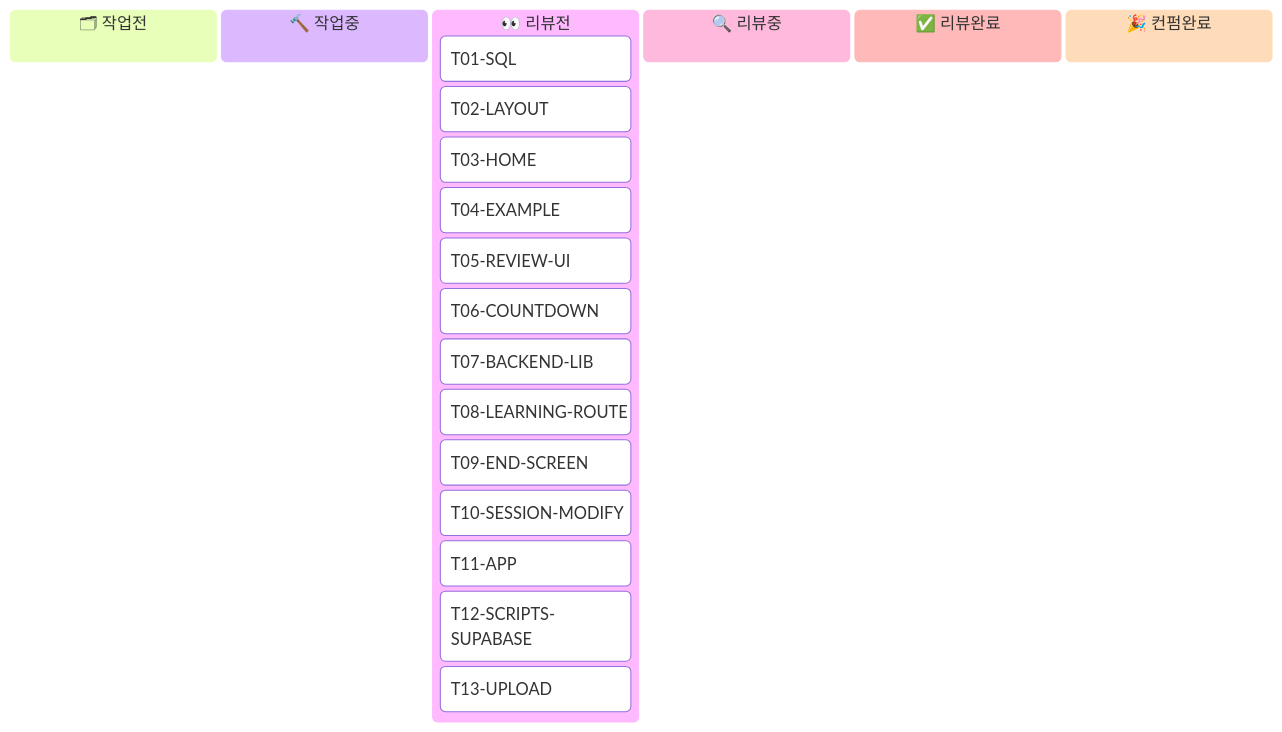
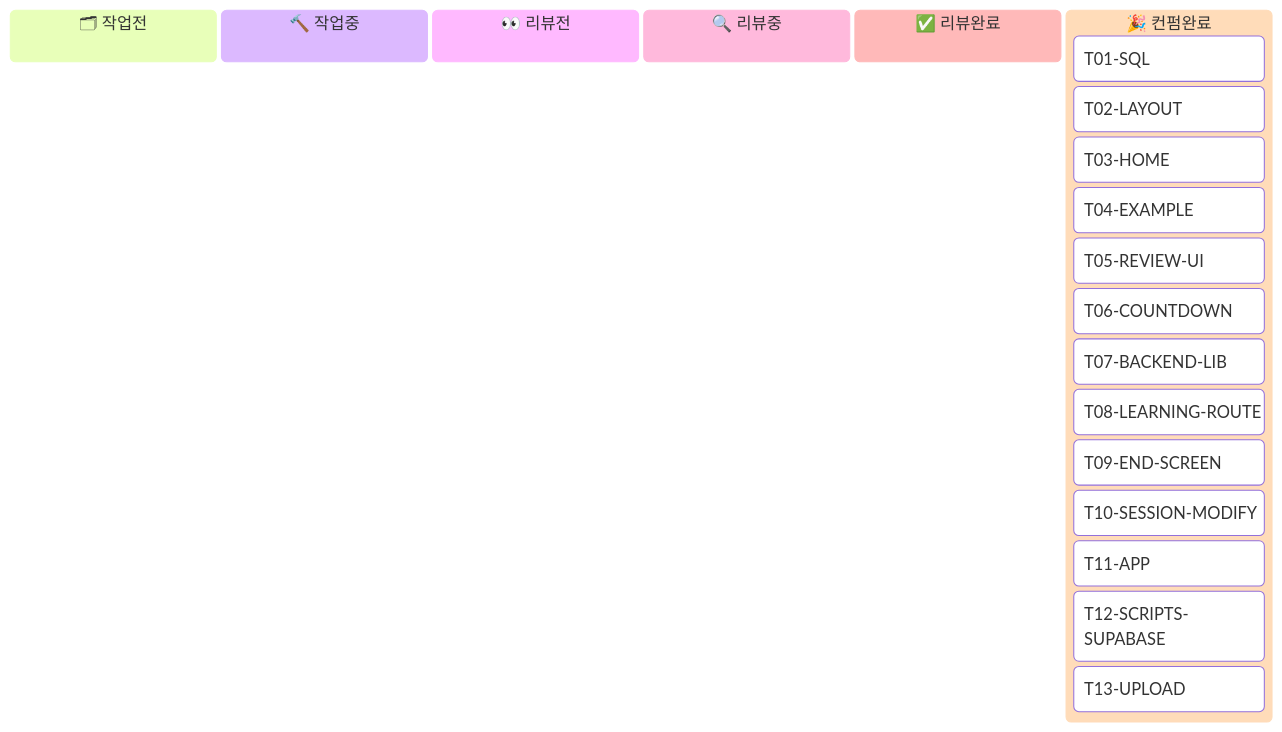
The diagram in TASK_PLAN.md (guboc11/EnglishStudyMate), drawn with Mermaid before and after one commit. The commit also changed other lines of this file and 79 other files, not shown here.

````diff
--- a/TASK_PLAN.md
+++ b/TASK_PLAN.md
@@ -13,27 +13,27 @@
 ```mermaid
 ---
 config:
   kanban:
     ticketBaseUrl: ''
 ---
 kanban
   작업전[🗂 작업전]
   작업중[🔨 작업중]
   리뷰전[👀 리뷰전]
+  리뷰중[🔍 리뷰중]
+  리뷰완료[✅ 리뷰완료]
+  컨펌완료[🎉 컨펌완료]
     T01[T01-SQL]
     T02[T02-LAYOUT]
     T03[T03-HOME]
     T04[T04-EXAMPLE]
     T05[T05-REVIEW-UI]
     T06[T06-COUNTDOWN]
     T07[T07-BACKEND-LIB]
     T08[T08-LEARNING-ROUTE]
     T09[T09-END-SCREEN]
     T10[T10-SESSION-MODIFY]
     T11[T11-APP]
     T12[T12-SCRIPTS-SUPABASE]
     T13[T13-UPLOAD]
-  리뷰중[🔍 리뷰중]
-  리뷰완료[✅ 리뷰완료]
-  컨펌완료[🎉 컨펌완료]
 ```
````
